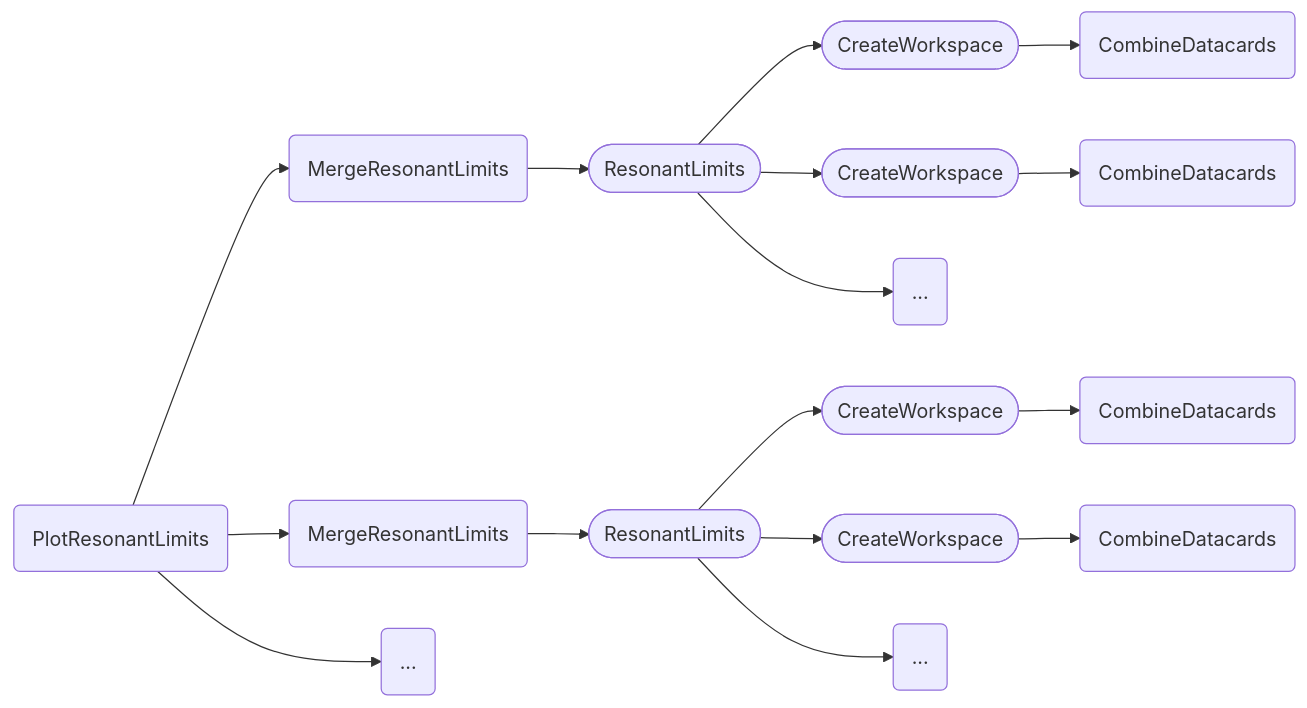
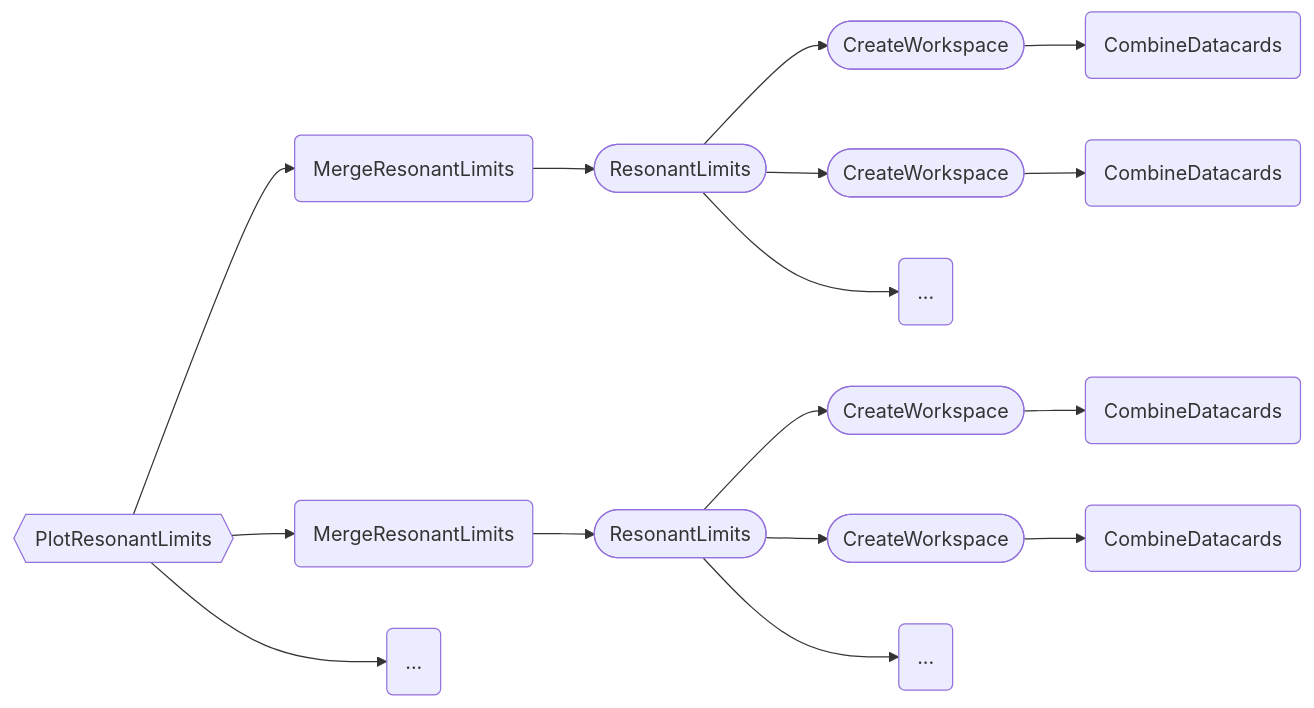
One commit to cms-hh/inference_tools changed the second of 2 diagrams in docs/content/tasks/resonant.md. Above: the diagram before and after it, drawn with Mermaid. The commit also changed other lines of this file, not shown here.

Commit message:
Minor tweak to resonant docs.

````diff
--- a/docs/content/tasks/resonant.md
+++ b/docs/content/tasks/resonant.md
@@ -159,18 +160,18 @@
 ```mermaid
 graph LR;
-    A(PlotResonantLimits) --> B1(MergeResonantLimits);
+    A{{PlotResonantLimits}} --> B1(MergeResonantLimits);
     A --> B2(MergeResonantLimits);
     A --> X1(...);
     B1 --> C1([ResonantLimits]);
     B2 --> C2([ResonantLimits]);
     C1 --> D1([CreateWorkspace]);
     C1 --> D2([CreateWorkspace]);
     C1 --> X2(...);
     C2 --> D3([CreateWorkspace]);
     C2 --> D4([CreateWorkspace]);
     C2 --> X3(...);
     D1 --> E1(CombineDatacards);
     D2 --> E2(CombineDatacards);
     D3 --> E3(CombineDatacards);
     D4 --> E4(CombineDatacards);
 ```
````
